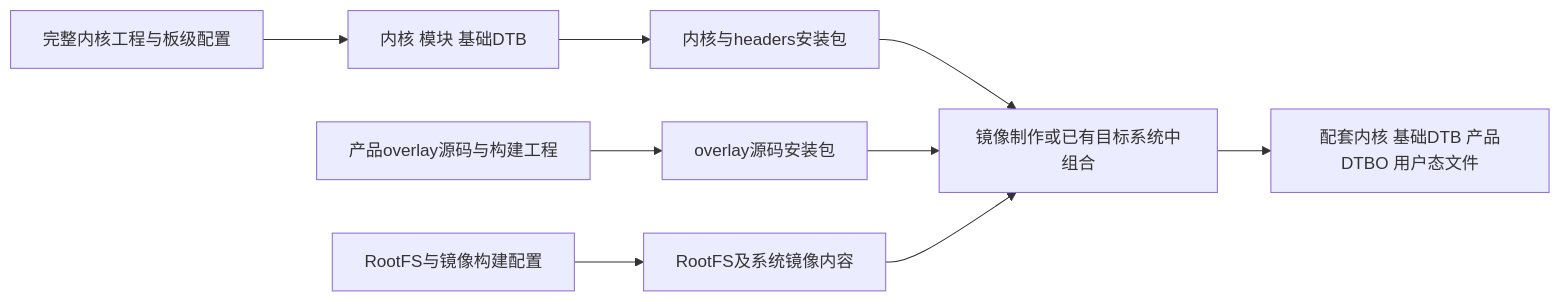
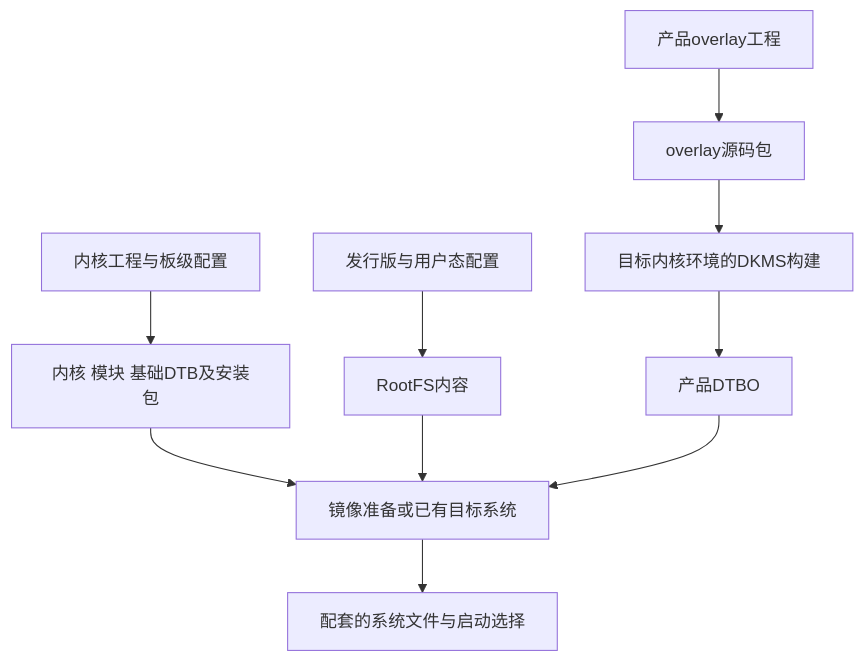
One commit to Bamboo-tt/RK3566_Ground_segment changed the first of 3 diagrams in docs/RK3566_项目学习/01_项目总览.md. Above: the diagram before and after it, drawn with Mermaid. The commit also changed other lines of this file and 19 other files, not shown here.

````diff
--- a/docs/RK3566_项目学习/01_项目总览.md
+++ b/docs/RK3566_项目学习/01_项目总览.md
@@ -37,11 +49,12 @@
 ```mermaid
-flowchart LR
-    KS[完整内核工程与板级配置] --> KO[内核 模块 基础DTB]
-    KO --> KD[内核与headers安装包]
-    OS[产品overlay源码与构建工程] --> OD[overlay源码安装包]
-    RS[RootFS与镜像构建配置] --> RI[RootFS及系统镜像内容]
-    KD --> J[镜像制作或已有目标系统中组合]
-    OD --> J
-    RI --> J
-    J --> F[配套内核 基础DTB 产品DTBO 用户态文件]
+flowchart TD
+    K[内核工程与板级配置] --> KP[内核 模块 基础DTB及安装包]
+    O[产品overlay工程] --> OP[overlay源码包]
+    R[发行版与用户态配置] --> RF[RootFS内容]
+    KP --> C[镜像准备或已有目标系统]
+    OP --> D[目标内核环境的DKMS构建]
+    D --> DT[产品DTBO]
+    RF --> C
+    DT --> C
+    C --> S[配套的系统文件与启动选择]
 ```
````
